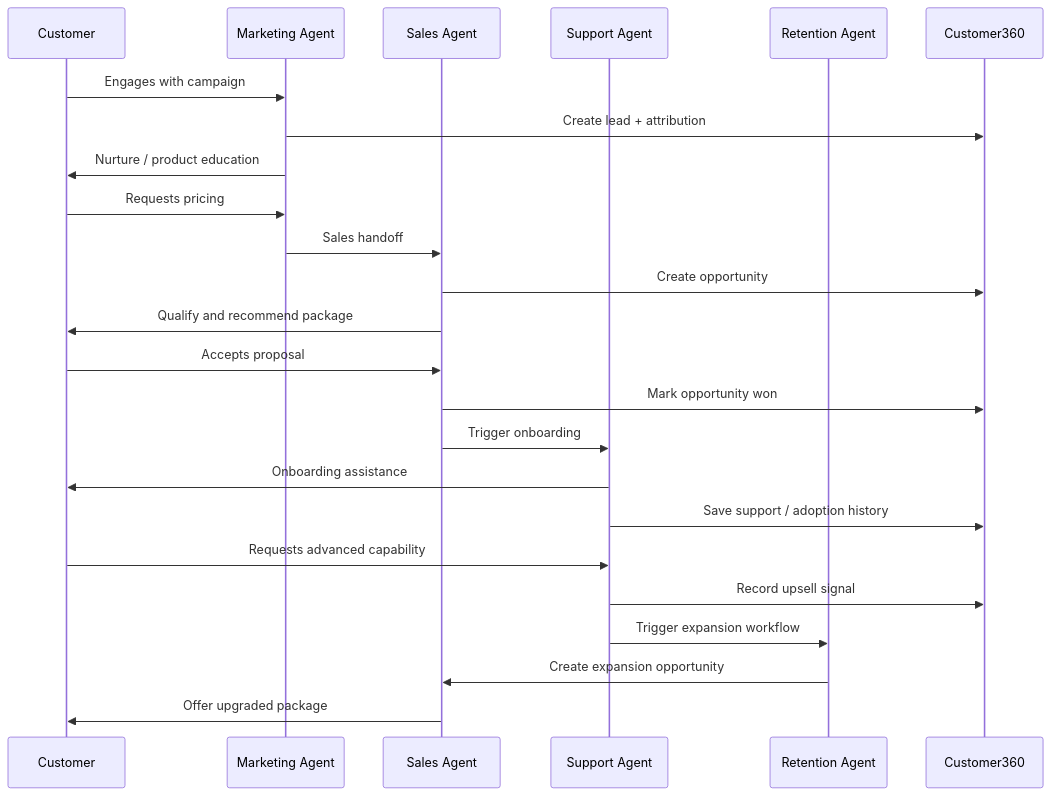
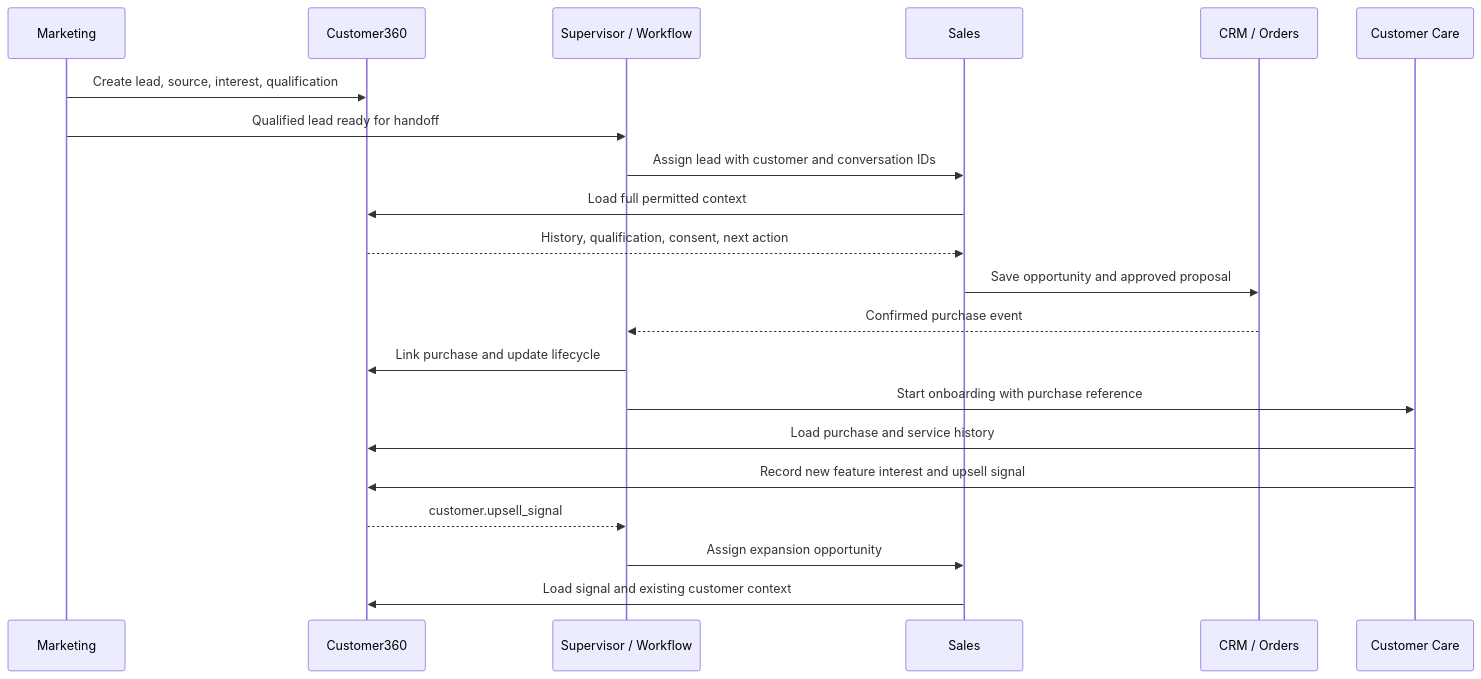
One commit to phongka79d/agent_solution changed the fifth of 10 diagrams in PLAN.md. Above: the diagram before and after it, drawn with Mermaid. The commit also changed other lines of this file, not shown here.

Commit message:
Implement feature X to enhance user experience and optimize performance

````diff
--- a/PLAN.md
+++ b/PLAN.md
@@ -769,32 +224,24 @@
 ```mermaid
 sequenceDiagram
-    participant C as Customer
-    participant M as Marketing Agent
-    participant S as Sales Agent
-    participant SP as Support Agent
-    participant R as Retention Agent
+    participant M as Marketing
     participant D as Customer360
+    participant W as Supervisor / Workflow
+    participant S as Sales
+    participant B as CRM / Orders
+    participant C as Customer Care
 
-    C->>M: Engages with campaign
-    M->>D: Create lead + attribution
-    M->>C: Nurture / product education
-
-    C->>M: Requests pricing
-    M->>S: Sales handoff
-    S->>D: Create opportunity
-    S->>C: Qualify and recommend package
-
-    C->>S: Accepts proposal
-    S->>D: Mark opportunity won
-    S->>SP: Trigger onboarding
-
-    SP->>C: Onboarding assistance
-    SP->>D: Save support / adoption history
-
-    C->>SP: Requests advanced capability
-    SP->>D: Record upsell signal
-    SP->>R: Trigger expansion workflow
-
-    R->>S: Create expansion opportunity
-    S->>C: Offer upgraded package
+    M->>D: Create lead, source, interest, qualification
+    M->>W: Qualified lead ready for handoff
+    W->>S: Assign lead with customer and conversation IDs
+    S->>D: Load full permitted context
+    D-->>S: History, qualification, consent, next action
+    S->>B: Save opportunity and approved proposal
+    B-->>W: Confirmed purchase event
+    W->>D: Link purchase and update lifecycle
+    W->>C: Start onboarding with purchase reference
+    C->>D: Load purchase and service history
+    C->>D: Record new feature interest and upsell signal
+    D-->>W: customer.upsell_signal
+    W->>S: Assign expansion opportunity
+    S->>D: Load signal and existing customer context
 ```
````
